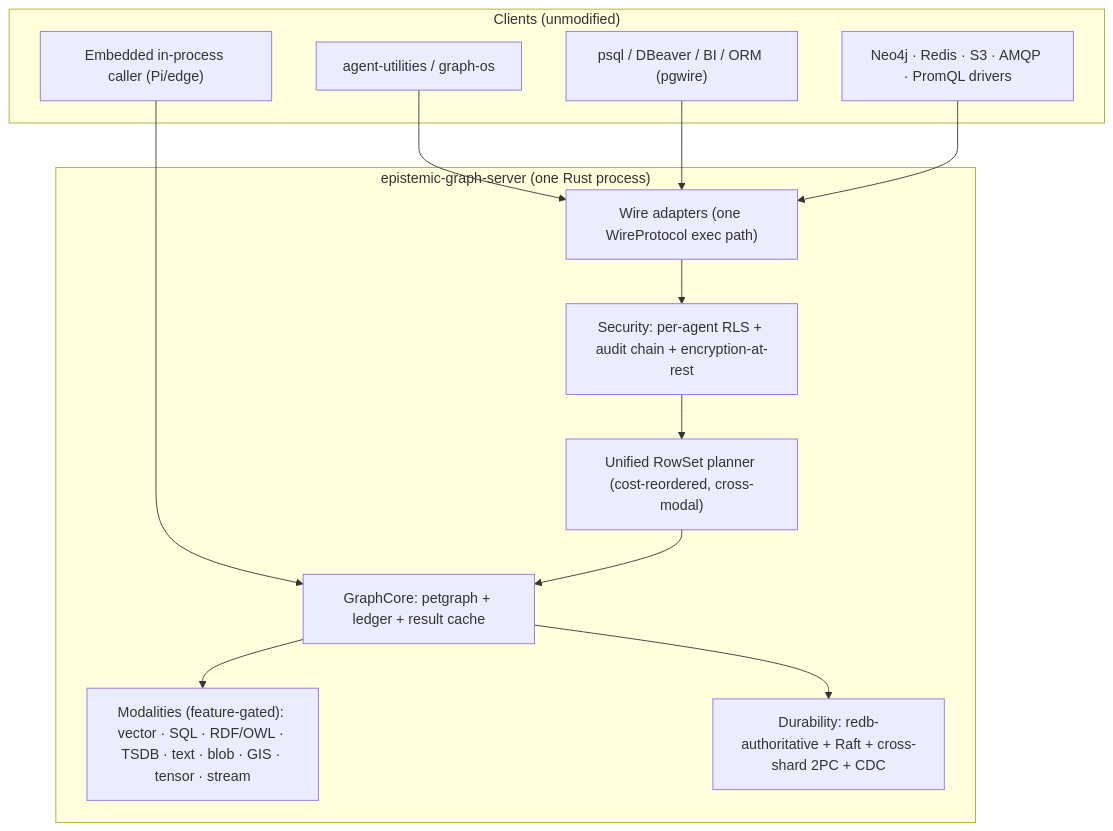
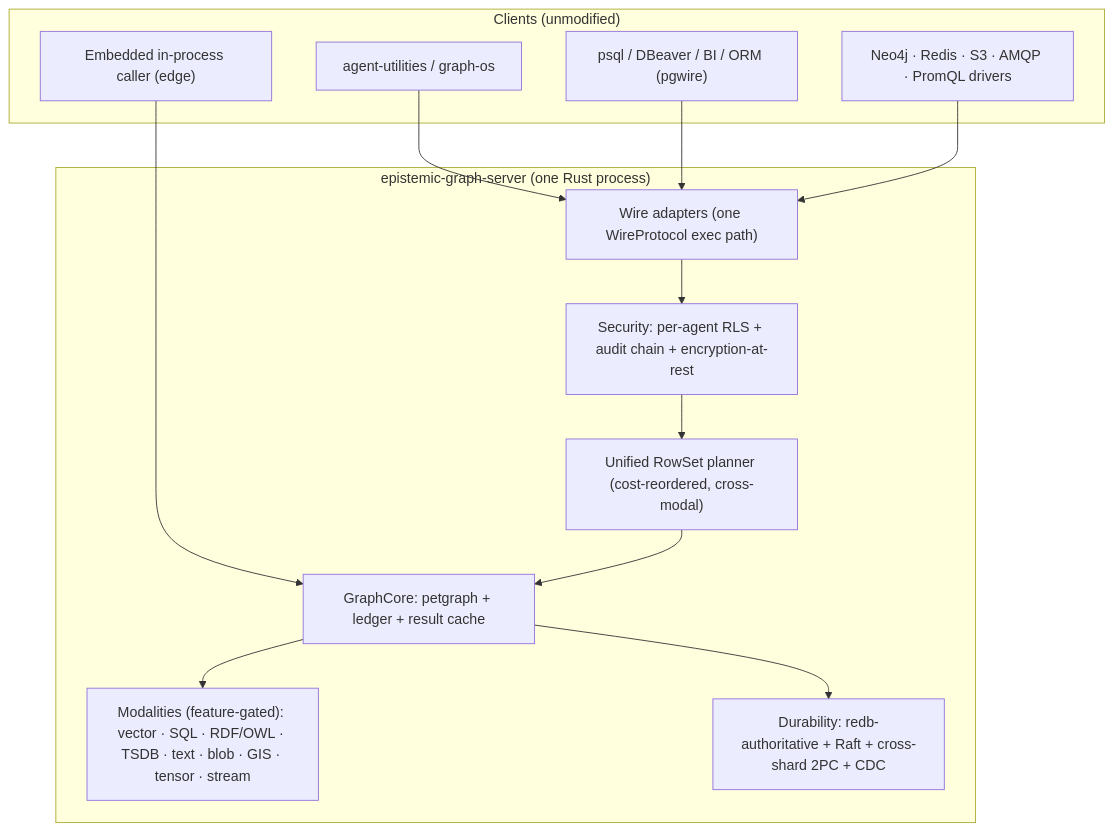
Before and after one commit to Knuckles-Team/epistemic-graph: the diagram in README.md, drawn with Mermaid. The commit also changed other lines of this file and 857 other files, not shown here.

First line of the commit message:
feat(eg): assimilate advanced epistemic-graph 2.23.1

````diff
--- a/README.md
+++ b/README.md
@@ -342,26 +423,26 @@
 ```mermaid
 flowchart TB
     subgraph Clients["Clients (unmodified)"]
         AU["agent-utilities / graph-os"]
         PG["psql / DBeaver / BI / ORM (pgwire)"]
         DRV["Neo4j · Redis · S3 · AMQP · PromQL drivers"]
-        EMB["Embedded in-process caller (Pi/edge)"]
+        EMB["Embedded in-process caller (edge)"]
     end
 
     subgraph Engine["epistemic-graph-server (one Rust process)"]
         WIRE["Wire adapters (one WireProtocol exec path)"]
         SEC["Security: per-agent RLS + audit chain + encryption-at-rest"]
         PLAN["Unified RowSet planner (cost-reordered, cross-modal)"]
         CORE["GraphCore: petgraph + ledger + result cache"]
         MOD["Modalities (feature-gated): vector · SQL · RDF/OWL · TSDB · text · blob · GIS · tensor · stream"]
         DUR["Durability: redb-authoritative + Raft + cross-shard 2PC + CDC"]
     end
 
     AU --> WIRE
     PG --> WIRE
     DRV --> WIRE
     EMB --> CORE
     WIRE --> SEC --> PLAN --> CORE
     CORE --> MOD
     CORE --> DUR
 ```
````
